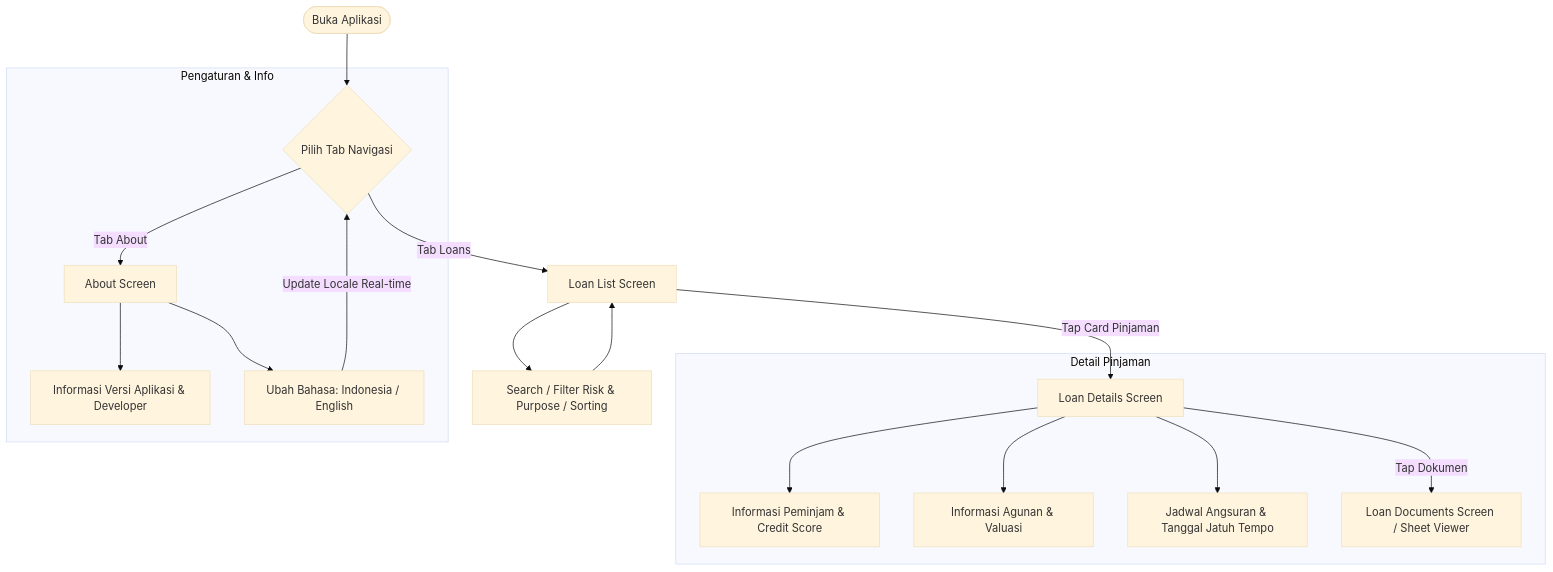
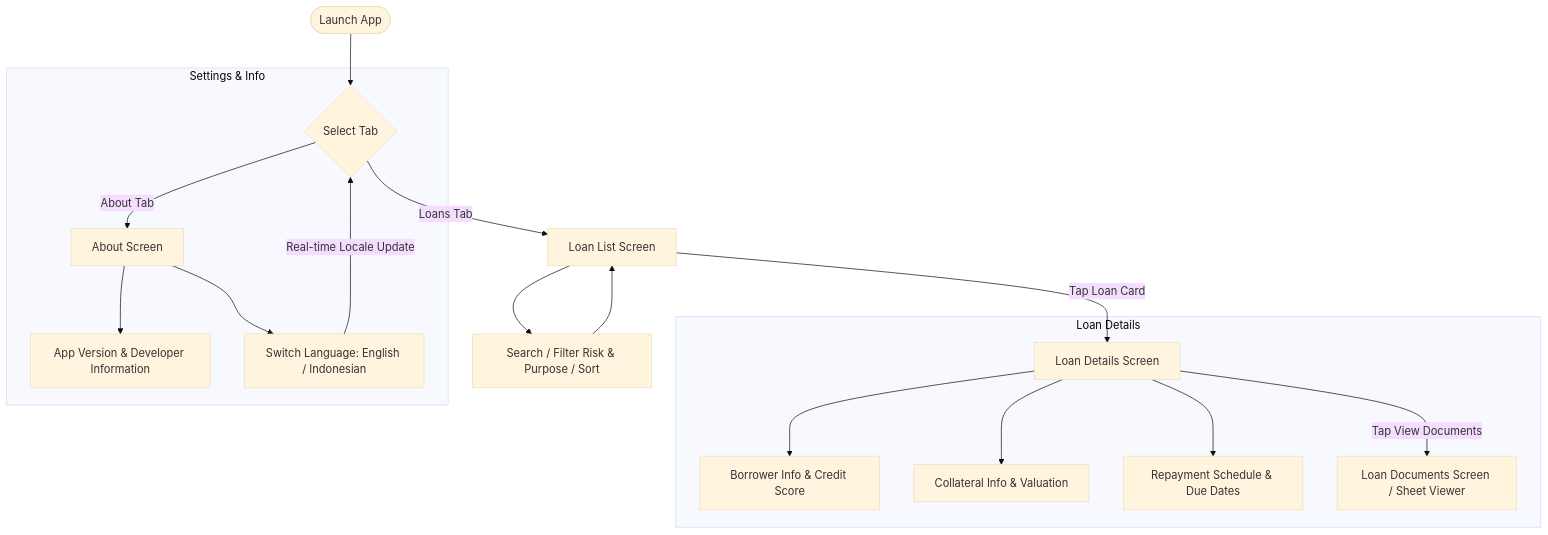
The diagram in README.md (dhikadityre/MyLoanly), drawn with Mermaid (base theme) before and after one commit. The commit also changed other lines of this file, not shown here.

Commit message:
docs: translate README from Indonesian to English and refine terminology

````diff
--- a/README.md
+++ b/README.md
@@ -112,25 +113,25 @@
 ```mermaid
 flowchart TD
-    Start([Buka Aplikasi]) --> MainTab{Pilih Tab Navigasi}
+    Start([Launch App]) --> MainTab{Select Tab}
     
-    %% Tab 1: Pinjaman
-    MainTab -->|Tab Loans| LoanList[Loan List Screen]
-    LoanList --> SearchFilter[Search / Filter Risk & Purpose / Sorting]
+    %% Tab 1: Loans
+    MainTab -->|Loans Tab| LoanList[Loan List Screen]
+    LoanList --> SearchFilter[Search / Filter Risk & Purpose / Sort]
     SearchFilter --> LoanList
-    LoanList -->|Tap Card Pinjaman| LoanDetails[Loan Details Screen]
+    LoanList -->|Tap Loan Card| LoanDetails[Loan Details Screen]
     
-    subgraph LoanDetailsSection [Detail Pinjaman]
-        LoanDetails --> BorrowerInfo[Informasi Peminjam & Credit Score]
-        LoanDetails --> CollateralInfo[Informasi Agunan & Valuasi]
-        LoanDetails --> RepaymentInfo[Jadwal Angsuran & Tanggal Jatuh Tempo]
-        LoanDetails -->|Tap Dokumen| DocViewer[Loan Documents Screen / Sheet Viewer]
+    subgraph LoanDetailsSection [Loan Details]
+        LoanDetails --> BorrowerInfo[Borrower Info & Credit Score]
+        LoanDetails --> CollateralInfo[Collateral Info & Valuation]
+        LoanDetails --> RepaymentInfo[Repayment Schedule & Due Dates]
+        LoanDetails -->|Tap View Documents| DocViewer[Loan Documents Screen / Sheet Viewer]
     end
     
     %% Tab 2: About / Settings
-    MainTab -->|Tab About| AboutScreen[About Screen]
-    subgraph AboutSection [Pengaturan & Info]
-        AboutScreen --> AppInfo[Informasi Versi Aplikasi & Developer]
-        AboutScreen --> LanguagePicker[Ubah Bahasa: Indonesia / English]
-        LanguagePicker -->|Update Locale Real-time| MainTab
+    MainTab -->|About Tab| AboutScreen[About Screen]
+    subgraph AboutSection [Settings & Info]
+        AboutScreen --> AppInfo[App Version & Developer Information]
+        AboutScreen --> LanguagePicker[Switch Language: English / Indonesian]
+        LanguagePicker -->|Real-time Locale Update| MainTab
     end
 ```
````
